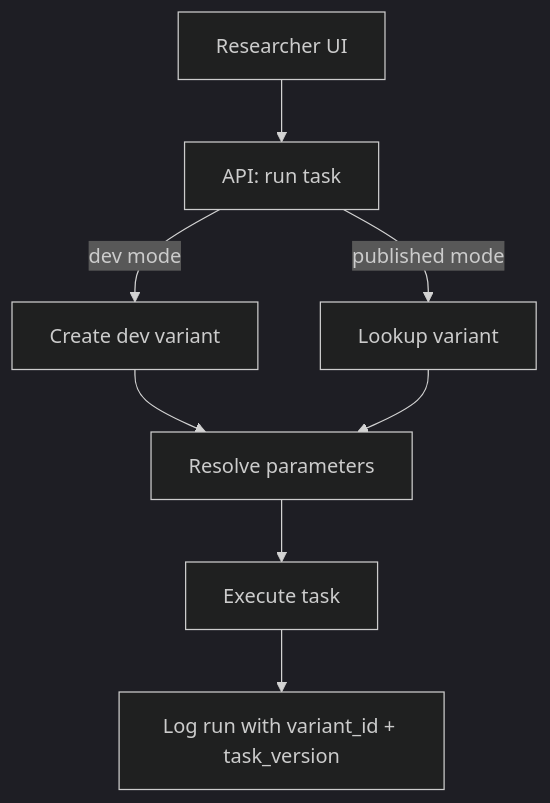
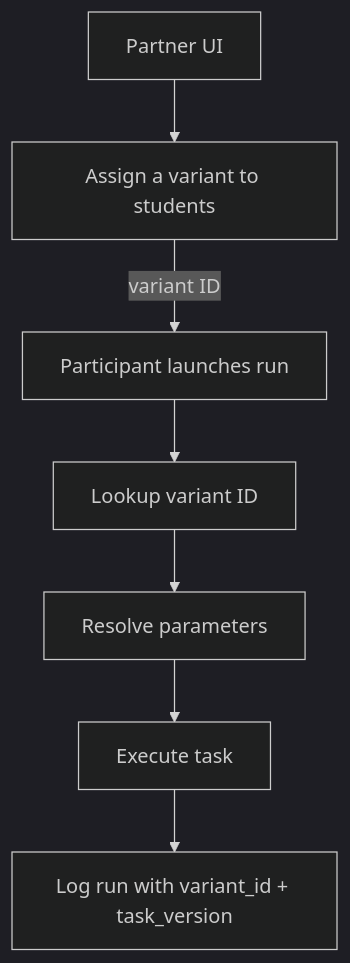
The second of 2 diagrams in docs/developer/tech-specs/backend/task-configuration.md (yeatmanlab/roar-docs), drawn with Mermaid (dark theme) before and after one commit. The commit also changed other lines of this file, not shown here.

First line of the commit message:
Refactor variant system: remove auto-minting and dev mode

````diff
--- a/docs/developer/tech-specs/backend/task-configuration.md
+++ b/docs/developer/tech-specs/backend/task-configuration.md
@@ -46,10 +61,9 @@
 ```mermaid
 graph TD
-  UI[Researcher UI] --> API[API: run task]
-  API -->|dev mode| Dev[Create dev variant]
-  API -->|published mode| Lookup[Lookup variant]
-  Dev --> Resolve[Resolve parameters]
-  Lookup --> Resolve
+  UI[Partner UI] --> AssignVariant[Assign a variant to students]
+  AssignVariant --> |variant ID| LaunchRun[Participant launches run]
+  LaunchRun --> Lookup[Lookup variant ID]
+  Lookup --> Resolve[Resolve parameters]
   Resolve --> Execute[Execute task]
   Execute --> Log[Log run with variant_id + task_version]
 ```
````
